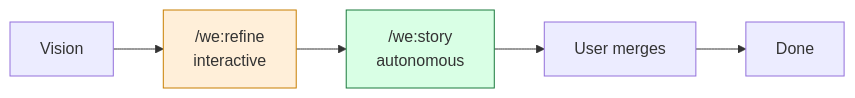
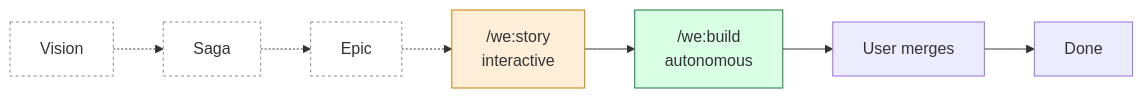
One commit to weside-ai/claude-code-plugin changed the diagram in README.md. Above: the diagram before and after it, drawn with Mermaid. The commit also changed other lines of this file and 29 other files, not shown here.

````diff
--- a/README.md
+++ b/README.md
@@ -58,10 +70,15 @@
 ```mermaid
 flowchart LR
-    V[Vision] --> R["/we:refine<br/>interactive"]
-    R --> S["/we:story<br/>autonomous"]
-    S --> M[User merges]
+    V[Vision] -.-> Sa[Saga]
+    Sa -.-> E[Epic]
+    E -.-> St["/we:story<br/>interactive"]
+    St --> B["/we:build<br/>autonomous"]
+    B --> M[User merges]
     M --> D[Done]
 
-    style R fill:#ffefd9,stroke:#c87f00
-    style S fill:#d9ffe5,stroke:#1a7a3c
+    style V stroke-dasharray:3 3,fill:#fff,stroke:#888
+    style Sa stroke-dasharray:3 3,fill:#fff,stroke:#888
+    style E stroke-dasharray:3 3,fill:#fff,stroke:#888
+    style St fill:#ffefd9,stroke:#c87f00
+    style B fill:#d9ffe5,stroke:#1a7a3c
 ```
````
